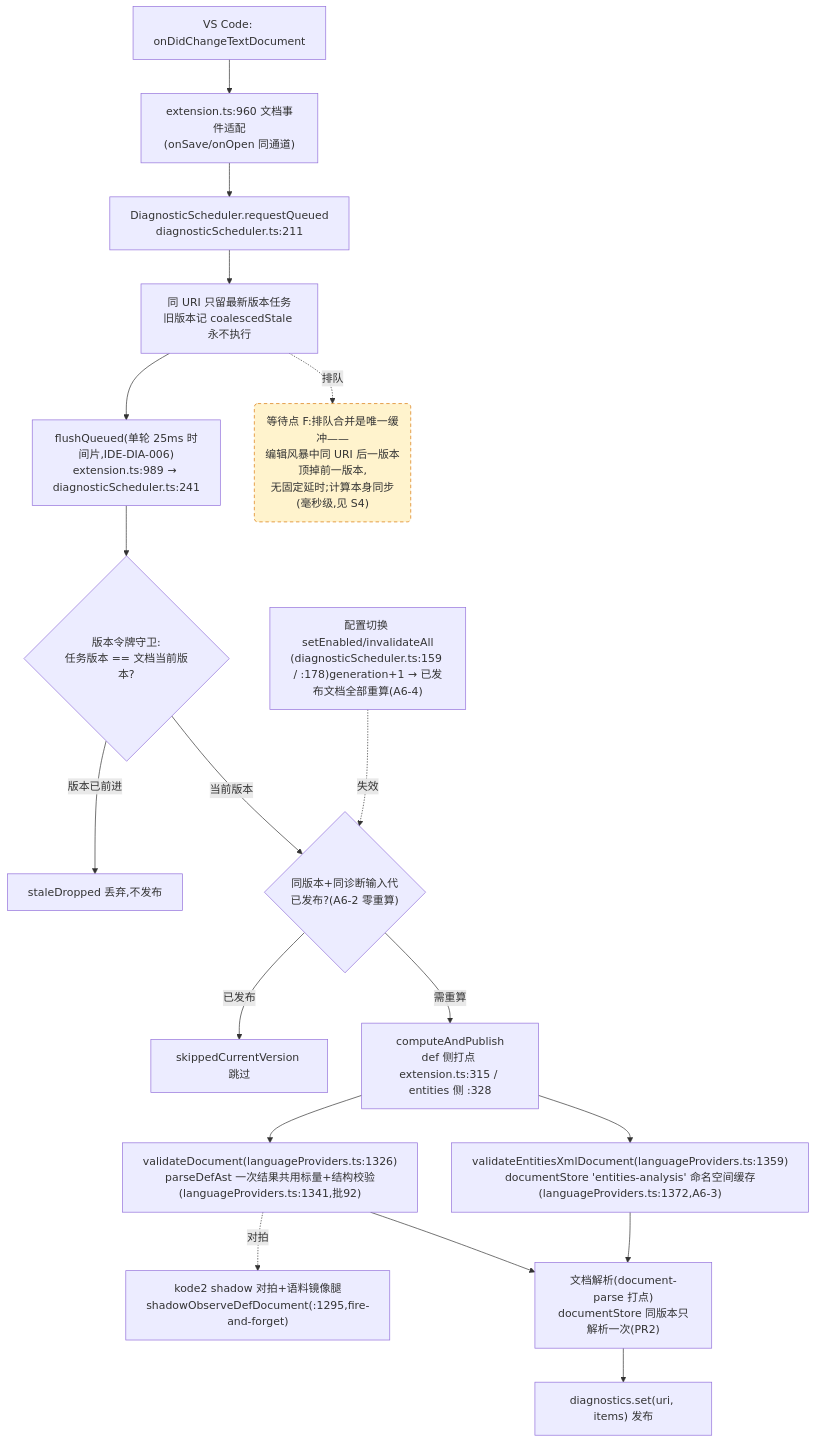
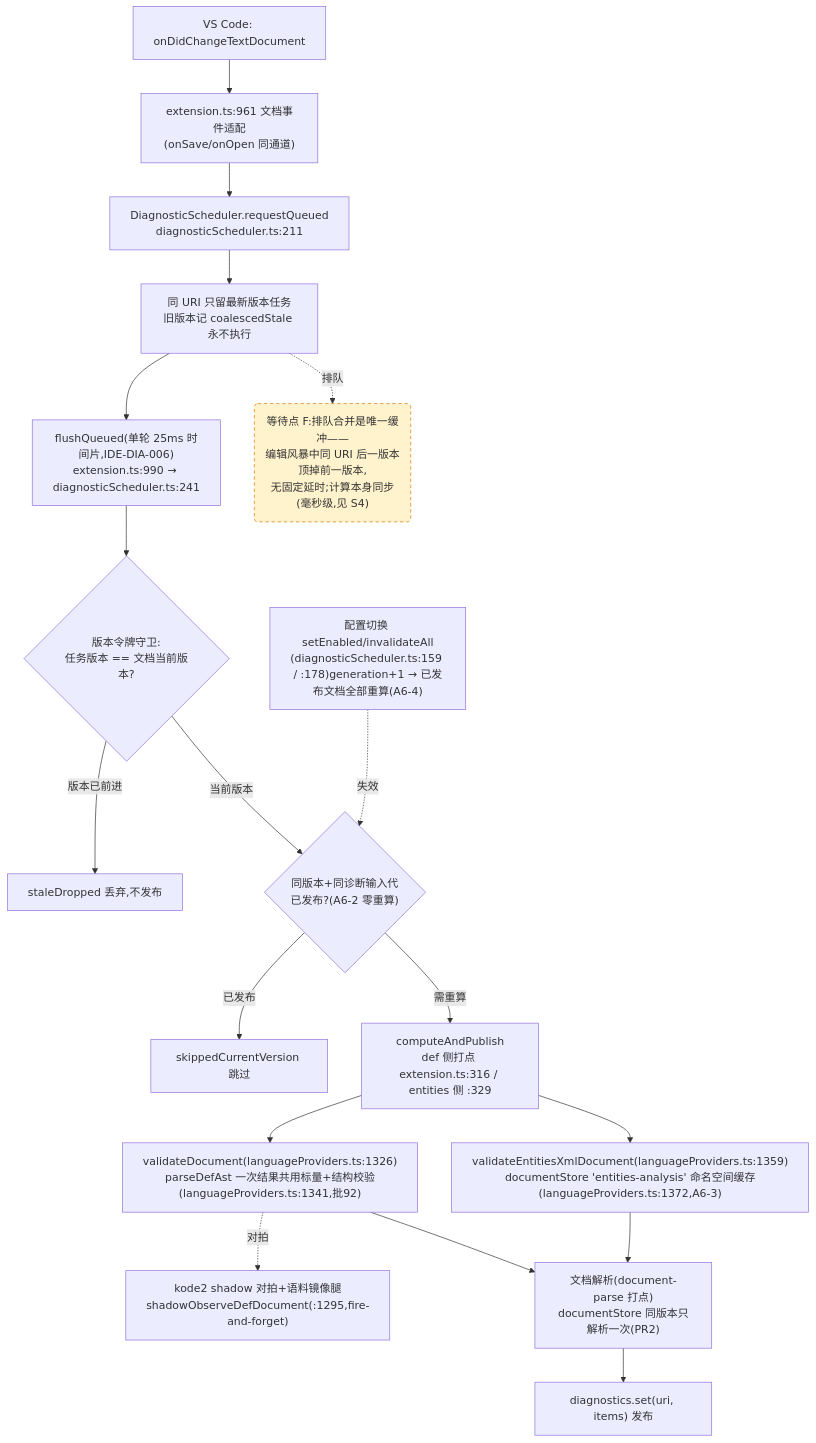
One commit to cuihairu/kode changed the fourth of 4 diagrams in docs/perf/2026-baseline.md. Above: the diagram before and after it, drawn with Mermaid. The commit also changed other lines of this file and 7 other files, not shown here.

````diff
--- a/docs/perf/2026-baseline.md
+++ b/docs/perf/2026-baseline.md
@@ -214,38 +214,38 @@
 ```mermaid
 flowchart TD
   CHG["VS Code: onDidChangeTextDocument"]
-  WATCH["extension.ts:960 文档事件适配<br/>(onSave/onOpen 同通道)"]
+  WATCH["extension.ts:961 文档事件适配<br/>(onSave/onOpen 同通道)"]
   RQ["DiagnosticScheduler.requestQueued<br/>diagnosticScheduler.ts:211"]
   CO["同 URI 只留最新版本任务<br/>旧版本记 coalescedStale 永不执行"]
-  FL["flushQueued(单轮 25ms 时间片,IDE-DIA-006)<br/>extension.ts:989 → diagnosticScheduler.ts:241"]
+  FL["flushQueued(单轮 25ms 时间片,IDE-DIA-006)<br/>extension.ts:990 → diagnosticScheduler.ts:241"]
   VG{"版本令牌守卫:<br/>任务版本 == 文档当前版本?"}
   DROP["staleDropped 丢弃,不发布"]
   GEN{"同版本+同诊断输入代<br/>已发布?(A6-2 零重算)"}
   SKIP["skippedCurrentVersion 跳过"]
-  CALC["computeAndPublish<br/>def 侧打点 extension.ts:315 / entities 侧 :328"]
+  CALC["computeAndPublish<br/>def 侧打点 extension.ts:316 / entities 侧 :329"]
   VD["validateDocument(languageProviders.ts:1326)<br/>parseDefAst 一次结果共用标量+结构校验(languageProviders.ts:1341,批92)"]
   VEX["validateEntitiesXmlDocument(languageProviders.ts:1359)<br/>documentStore 'entities-analysis' 命名空间缓存(languageProviders.ts:1372,A6-3)"]
   SHDD["kode2 shadow 对拍+语料镜像腿<br/>shadowObserveDefDocument(:1295,fire-and-forget)"]
   DS["文档解析(document-parse 打点)<br/>documentStore 同版本只解析一次(PR2)"]
   PUB["diagnostics.set(uri, items) 发布"]
   CFG2["配置切换 setEnabled/invalidateAll<br/>(diagnosticScheduler.ts:159 / :178)generation+1 → 已发布文档全部重算(A6-4)"]
 
   CHG --> WATCH --> RQ --> CO --> FL --> VG
   VG -- "版本已前进" --> DROP
   VG -- "当前版本" --> GEN
   GEN -- "已发布" --> SKIP
   GEN -- "需重算" --> CALC
   CALC --> VD
   CALC --> VEX
   VD --> DS
   VEX --> DS
   DS --> PUB
   VD -.->|对拍| SHDD
   CFG2 -.->|失效| GEN
 
   WAITF("等待点 F:排队合并是唯一缓冲——<br/>编辑风暴中同 URI 后一版本顶掉前一版本,<br/>无固定延时;计算本身同步(毫秒级,见 S4)")
   CO -.->|排队| WAITF
 
   classDef waitPoint fill:#fff3cd,stroke:#d97706,stroke-dasharray:5 4;
   class WAITF waitPoint;
 ```
````
